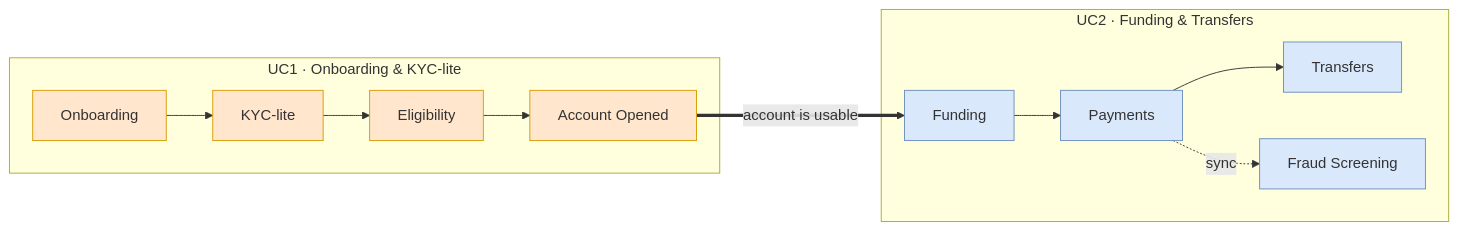
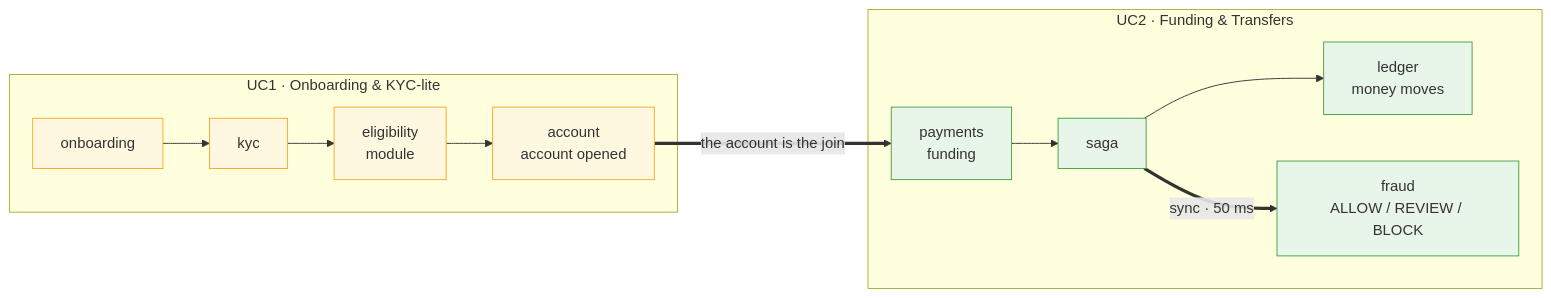
Before and after one commit to nisnym/project2: the diagram in README.md, drawn with Mermaid. The commit also changed other lines of this file and 353 other files, not shown here.

````diff
--- a/README.md
+++ b/README.md
@@ -75,15 +170,15 @@
 ```mermaid
 flowchart LR
   subgraph UC1["UC1 · Onboarding & KYC-lite"]
-    ON[Onboarding] --> KY[KYC-lite] --> EL[Eligibility] --> AC[Account Opened]
+    ON["onboarding"] --> KY["kyc"] --> EL["eligibility<br/>module"] --> AC["account<br/>account opened"]
   end
   subgraph UC2["UC2 · Funding & Transfers"]
-    FU[Funding] --> PP[Payments] --> TR[Transfers]
-    PP -. sync .-> FR[Fraud Screening]
+    FU["payments<br/>funding"] --> PP["saga"] --> TR["ledger<br/>money moves"]
+    PP ==>|"sync · 50 ms"| FR["fraud<br/>ALLOW / REVIEW / BLOCK"]
   end
-  AC ==>|account is usable| FU
-  classDef uc1 fill:#ffe6cc,stroke:#d79b00;
-  classDef uc2 fill:#dae8fc,stroke:#6c8ebf;
+  AC ==>|"the account is the join"| FU
+  classDef uc1 fill:#fff8e1,stroke:#f9a825;
+  classDef uc2 fill:#e8f5e9,stroke:#43a047;
   class ON,KY,EL,AC uc1;
   class FU,PP,TR,FR uc2;
 ```
````
